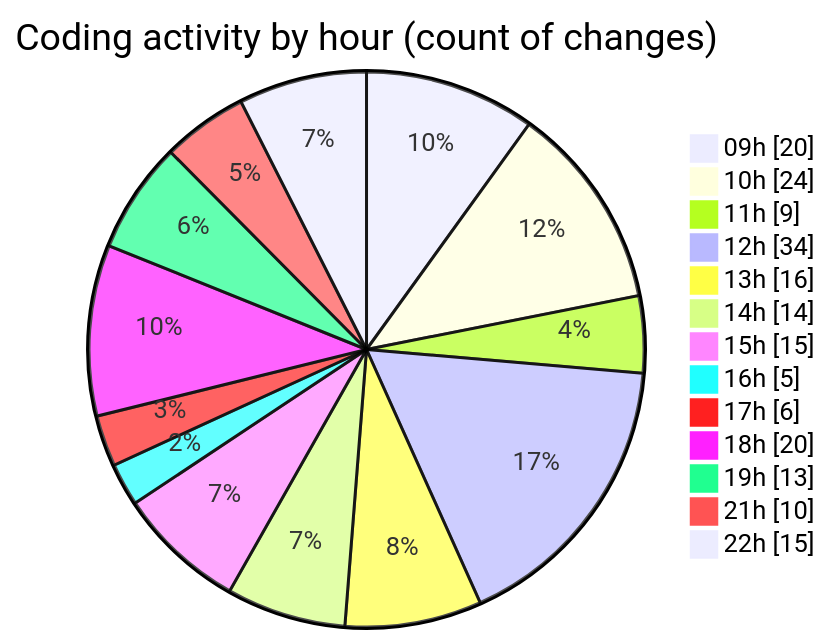
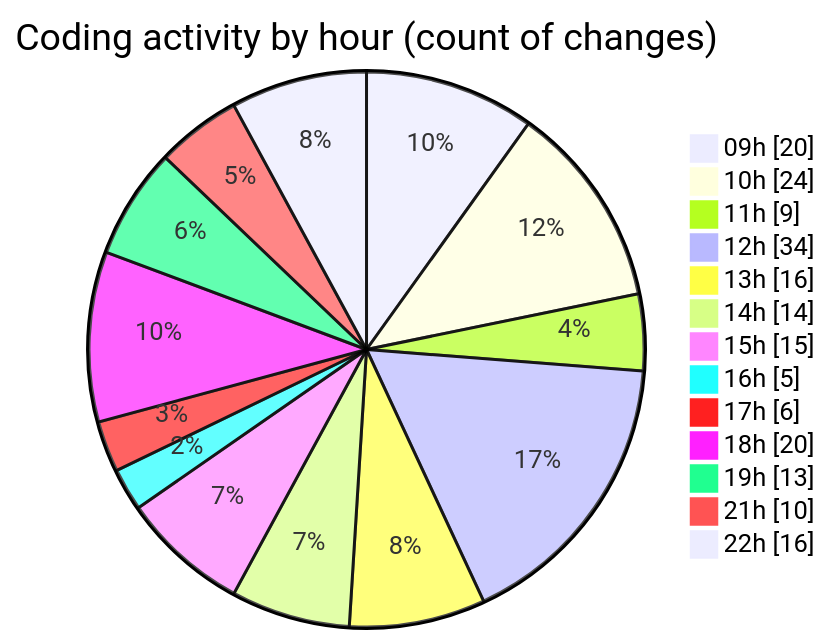
One commit to momahboobian/code-tracking changed the second of 2 diagrams in 2025-05-19/cda/README.md. Above: the diagram before and after it, drawn with Mermaid. The commit also changed other lines of this file and 1 other file, not shown here.

````diff
--- a/2025-05-19/cda/README.md
+++ b/2025-05-19/cda/README.md
@@ -61,17 +61,17 @@
 ```mermaid
 pie showData
 title Coding activity by hour (count of changes)
 "09h" : 20
 "10h" : 24
 "11h" : 9
 "12h" : 34
 "13h" : 16
 "14h" : 14
 "15h" : 15
 "16h" : 5
 "17h" : 6
 "18h" : 20
 "19h" : 13
 "21h" : 10
-"22h" : 15
+"22h" : 16
 ```
````
